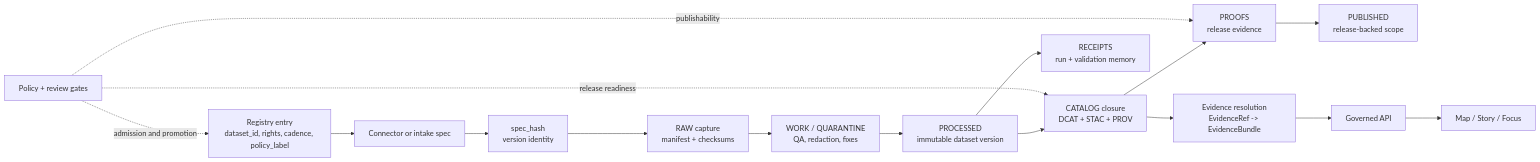
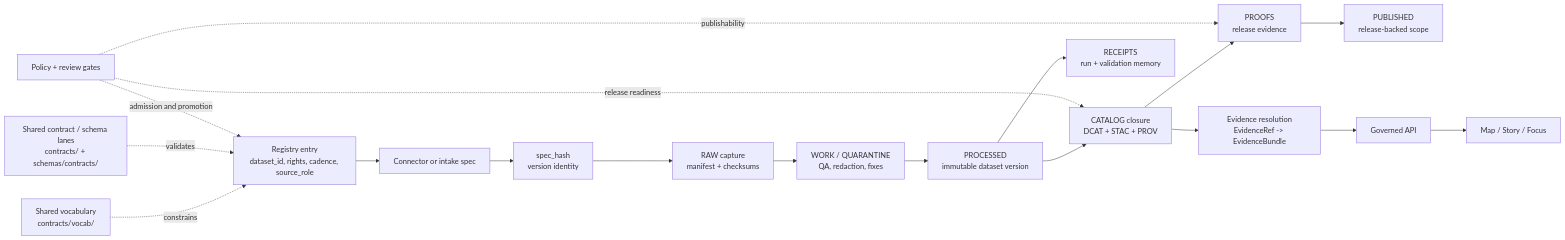
The diagram in data/registry/README.md (bartytime4life/Kansas-Frontier-Matrix), drawn with Mermaid before and after one commit. The commit also changed other lines of this file, not shown here.

````diff
--- a/data/registry/README.md
+++ b/data/registry/README.md
@@ -353,18 +375,20 @@
 ```mermaid
 flowchart LR
-    R[Registry entry<br/>dataset_id, rights, cadence, policy_label] --> S[Connector or intake spec]
+    R[Registry entry<br/>dataset_id, rights, cadence, source_role] --> S[Connector or intake spec]
+    V[Shared vocabulary<br/>contracts/vocab/] -. constrains .-> R
+    SH[Shared contract / schema lanes<br/>contracts/ + schemas/contracts/] -. validates .-> R
     S --> H[spec_hash<br/>version identity]
     H --> RAW[RAW capture<br/>manifest + checksums]
     RAW --> W[WORK / QUARANTINE<br/>QA, redaction, fixes]
     W --> P[PROCESSED<br/>immutable dataset version]
     P --> C[CATALOG closure<br/>DCAT + STAC + PROV]
     P --> REC[RECEIPTS<br/>run + validation memory]
     C --> PRF[PROOFS<br/>release evidence]
     PRF --> PUB[PUBLISHED<br/>release-backed scope]
     C --> E[Evidence resolution<br/>EvidenceRef -> EvidenceBundle]
     E --> A[Governed API]
     A --> U[Map / Story / Focus]
     POL[Policy + review gates] -. admission and promotion .-> R
     POL -. release readiness .-> C
     POL -. publishability .-> PRF
 ```
````
